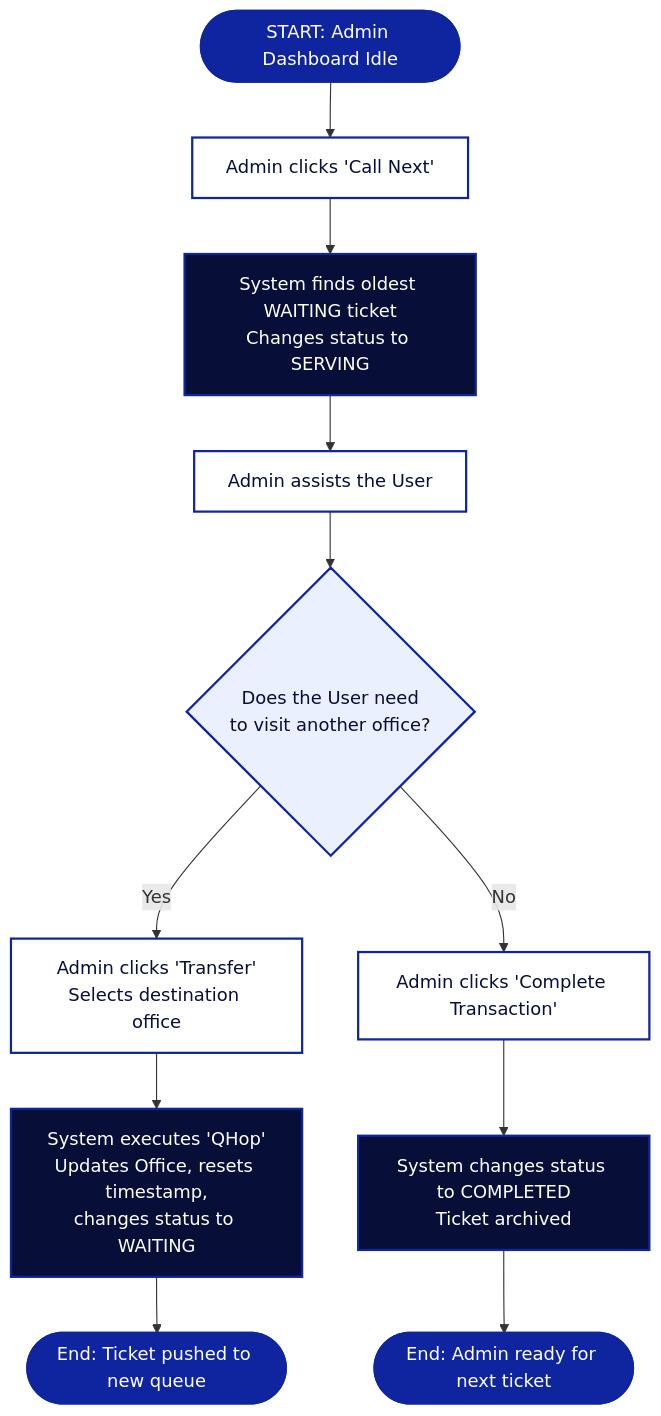
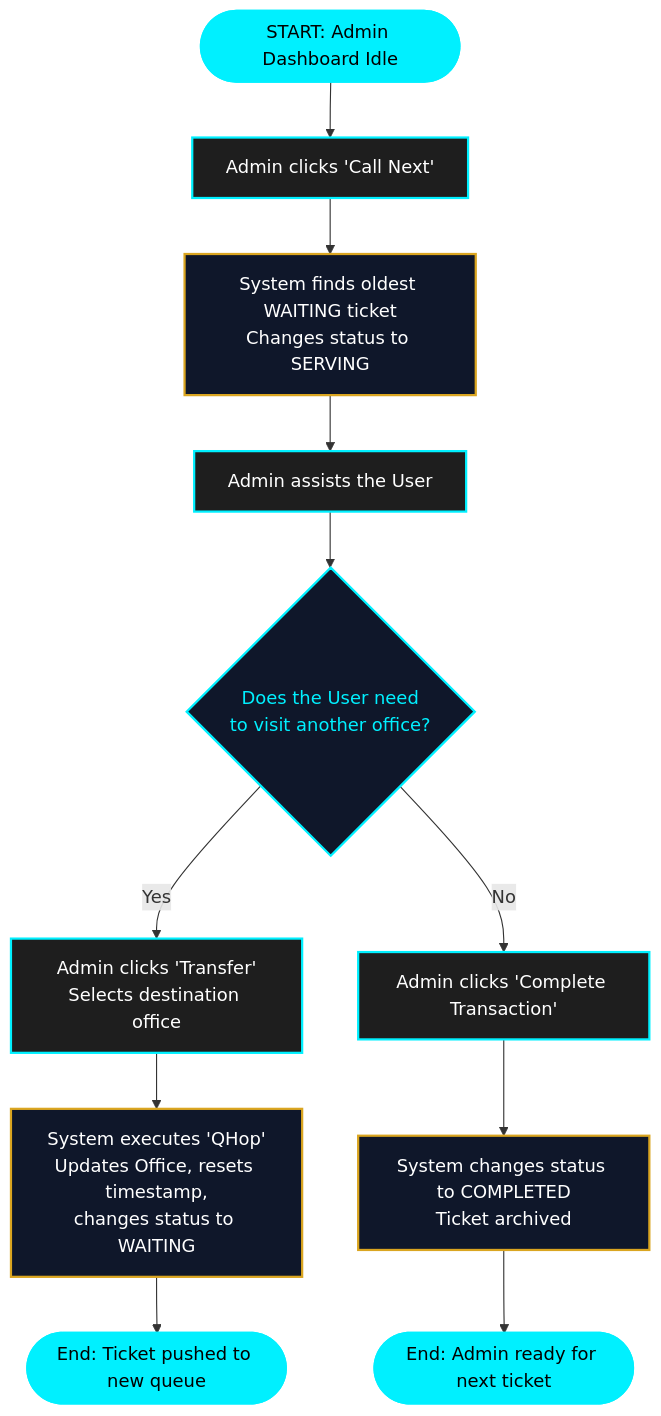
Before and after one commit to cymriccc/qhop-management-system: the second of 2 diagrams in README.md, drawn with Mermaid. The commit also changed other lines of this file, not shown here.

````diff
--- a/README.md
+++ b/README.md
@@ -113,85 +120,44 @@
 ```mermaid
- flowchart TD
-
+flowchart TD
     %% Custom UI Color Palette Styling
-
-    classDef default fill:#FFFFFF,stroke:#0F25A0,stroke-width:2px,color:#070E38
-
-    classDef startEnd fill:#0F25A0,stroke:#0F25A0,stroke-width:2px,color:#FFFFFF
-
-    classDef decision fill:#EBF0FF,stroke:#0F25A0,stroke-width:2px,color:#070E38
-
-    classDef sysProcess fill:#070E38,stroke:#0F25A0,stroke-width:2px,color:#FFFFFF
-
-   
+    classDef default fill:#1E1E1E,stroke:#00F0FF,stroke-width:2px,color:#FFFFFF
+    classDef startEnd fill:#00F0FF,stroke:#00F0FF,stroke-width:2px,color:#000000
+    classDef decision fill:#0F172A,stroke:#00F0FF,stroke-width:2px,color:#00F0FF
+    classDef sysProcess fill:#0F172A,stroke:#DAA520,stroke-width:2px,color:#FFFFFF
 
     Start([START: Admin Dashboard Idle]):::startEnd
 
-   
-
     %% Calling the next ticket
-
     CallNext[Admin clicks 'Call Next']
-
     Start --> CallNext
 
-   
-
     SysCall[System finds oldest WAITING ticket<br>Changes status to SERVING]:::sysProcess
-
     CallNext --> SysCall
 
-   
-
     Assist[Admin assists the User]
-
     SysCall --> Assist
 
-   
-
     %% The Decision: Is the user done, or do they need another office?
-
     DecTransfer{Does the User need<br>to visit another office?}:::decision
-
     Assist --> DecTransfer
 
-   
-
     %% Transfer Logic (The QHop)
-
     TransAction[Admin clicks 'Transfer'<br>Selects destination office]
-
     DecTransfer -->|Yes| TransAction
 
-   
-
     SysTrans[System executes 'QHop'<br>Updates Office, resets timestamp,<br>changes status to WAITING]:::sysProcess
-
     TransAction --> SysTrans
 
-   
-
     EndTrans([End: Ticket pushed to new queue]):::startEnd
-
     SysTrans --> EndTrans
 
-   
-
     %% Completion Logic
-
     CompleteAction[Admin clicks 'Complete Transaction']
-
     DecTransfer -->|No| CompleteAction
 
-   
-
     SysComp[System changes status to COMPLETED<br>Ticket archived]:::sysProcess
-
     CompleteAction --> SysComp
 
-   
-
     EndComp([End: Admin ready for next ticket]):::startEnd
-
     SysComp --> EndComp
 ```
````
